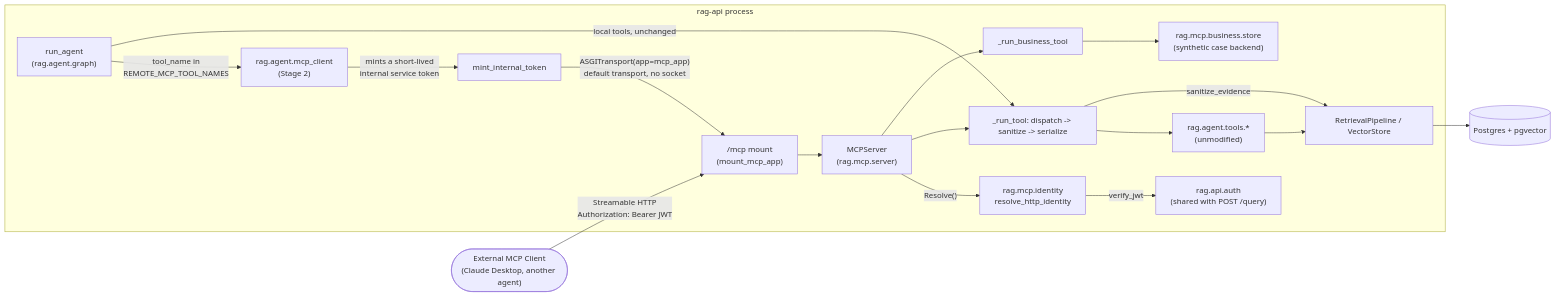
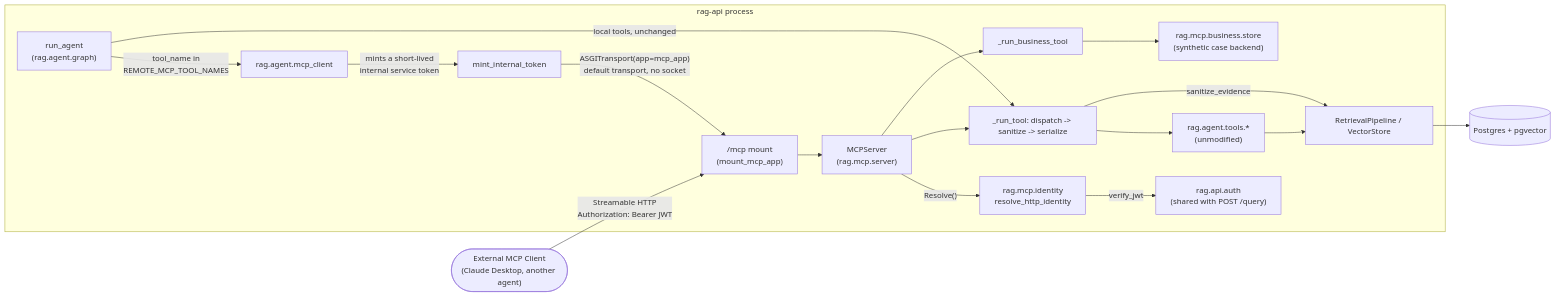
The diagram in docs/architecture.md (ajits-github/local-rag-system), drawn with Mermaid before and after one commit. The commit also changed other lines of this file, not shown here.

First line of the commit message:
docs: condense architecture.md to current design, invariants, and limitations

````diff
--- a/docs/architecture.md
+++ b/docs/architecture.md
@@ -1905,26 +726,26 @@
 ```mermaid
 flowchart LR
     Client(["External MCP Client<br/>(Claude Desktop, another agent)"])
     Client -->|"Streamable HTTP<br/>Authorization: Bearer JWT"| Mount["/mcp mount<br/>(mount_mcp_app)"]
 
     subgraph RagApi["rag-api process"]
-        Graph["run_agent<br/>(rag.agent.graph)"] -->|"tool_name in<br/>REMOTE_MCP_TOOL_NAMES"| McpClient["rag.agent.mcp_client<br/>(Stage 2)"]
+        Graph["run_agent<br/>(rag.agent.graph)"] -->|"tool_name in<br/>REMOTE_MCP_TOOL_NAMES"| McpClient["rag.agent.mcp_client"]
         McpClient -->|"mints a short-lived<br/>internal service token"| Mint["mint_internal_token"]
         Mint -->|"ASGITransport(app=mcp_app)<br/>default transport, no socket"| Mount
 
         Mount --> Server["MCPServer<br/>(rag.mcp.server)"]
         Server -->|"Resolve()"| Identity["rag.mcp.identity<br/>resolve_http_identity"]
         Identity -->|"verify_jwt"| Auth["rag.api.auth<br/>(shared with POST /query)"]
 
         Graph -->|"local tools, unchanged"| Dispatch
         Server --> Dispatch["_run_tool: dispatch -> sanitize -> serialize"]
         Dispatch --> Tools["rag.agent.tools.*<br/>(unmodified)"]
         Tools --> Pipeline["RetrievalPipeline / VectorStore"]
         Dispatch -->|"sanitize_evidence"| Pipeline
 
         Server --> BizDispatch["_run_business_tool"]
         BizDispatch --> Store["rag.mcp.business.store<br/>(synthetic case backend)"]
     end
 
     Pipeline --> DB[("Postgres + pgvector")]
 ```
````
